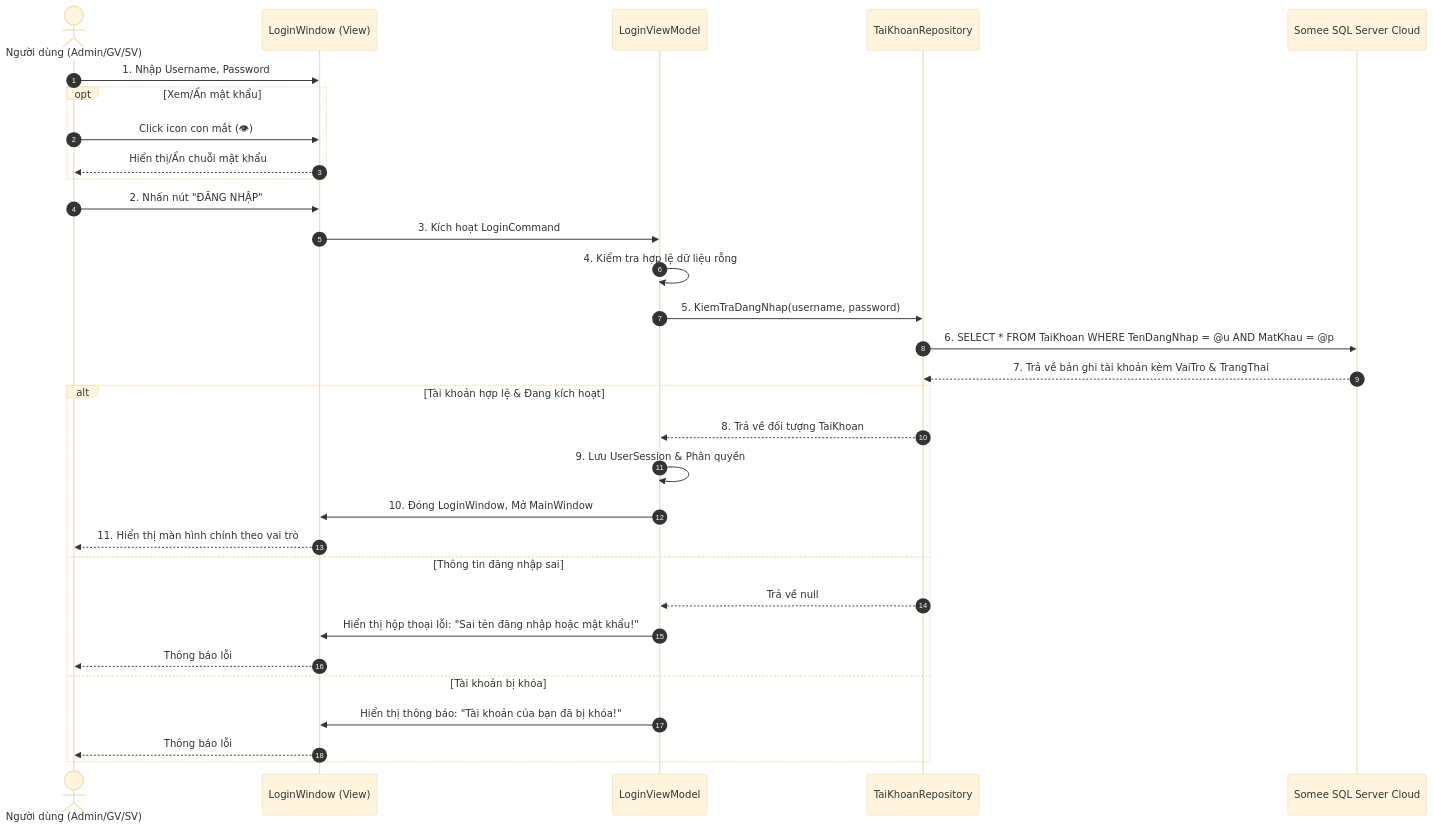
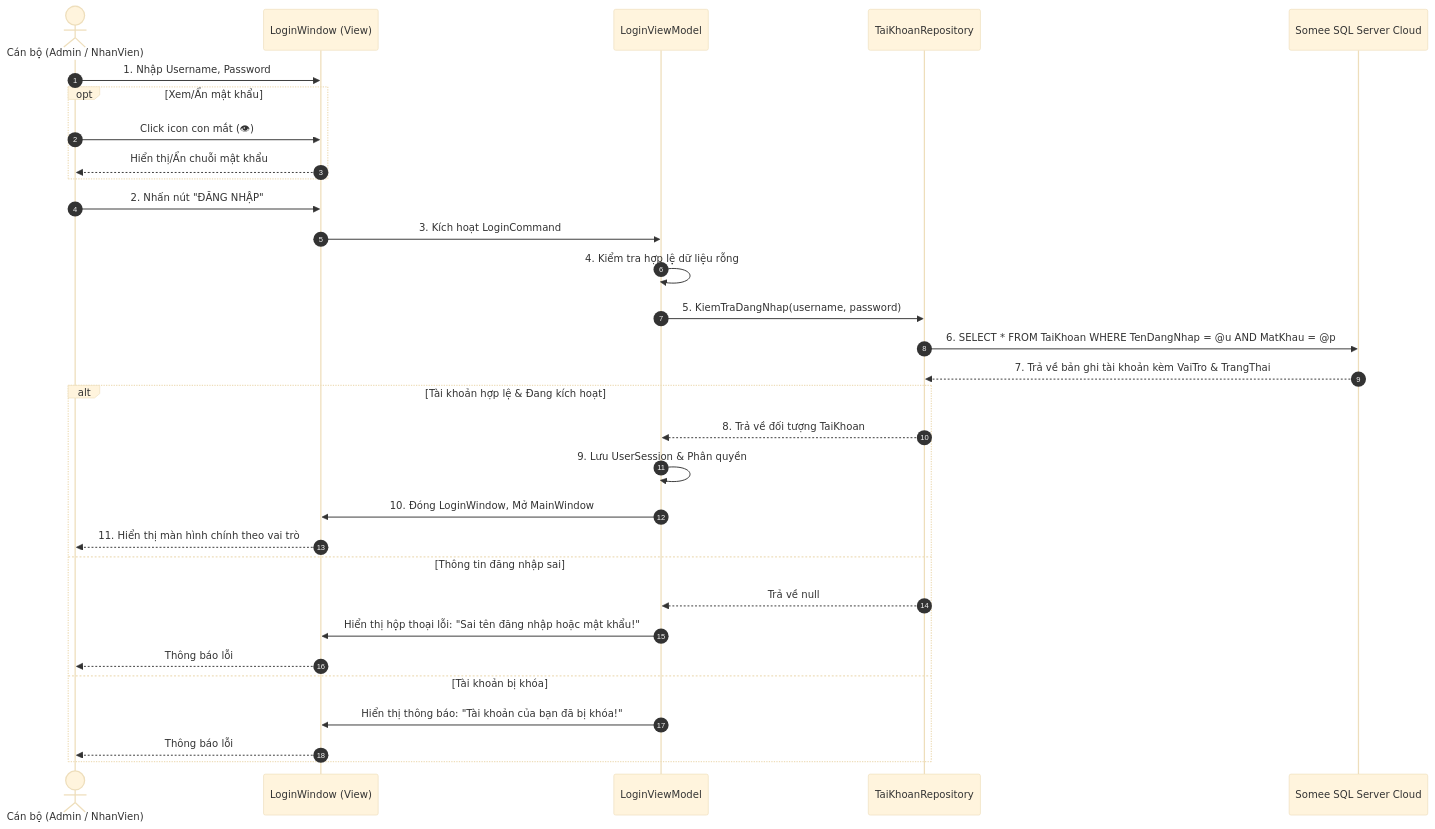
One commit to ngthanhs1/STUDENT_RESULT_ANALYTICS changed the ninth of 15 diagrams in BAO_CAO_BAI_TAP_LON_STUDENT_RESULT_ANALYTICS.md. Above: the diagram before and after it, drawn with Mermaid (base theme). The commit also changed other lines of this file and 5 other files, not shown here.

````diff
--- a/BAO_CAO_BAI_TAP_LON_STUDENT_RESULT_ANALYTICS.md
+++ b/BAO_CAO_BAI_TAP_LON_STUDENT_RESULT_ANALYTICS.md
@@ -785,34 +752,34 @@
 ```mermaid
 sequenceDiagram
     autonumber
-    actor User as Người dùng (Admin/GV/SV)
+    actor User as Cán bộ (Admin / NhanVien)
     participant View as LoginWindow (View)
     participant VM as LoginViewModel
     participant Repo as TaiKhoanRepository
     participant DB as Somee SQL Server Cloud
 
     User->>View: 1. Nhập Username, Password
     opt Xem/Ẩn mật khẩu
         User->>View: Click icon con mắt (👁)
         View-->>User: Hiển thị/Ẩn chuỗi mật khẩu
     end
     User->>View: 2. Nhấn nút "ĐĂNG NHẬP"
     View->>VM: 3. Kích hoạt LoginCommand
     VM->>VM: 4. Kiểm tra hợp lệ dữ liệu rỗng
     VM->>Repo: 5. KiemTraDangNhap(username, password)
     Repo->>DB: 6. SELECT * FROM TaiKhoan WHERE TenDangNhap = @u AND MatKhau = @p
     DB-->>Repo: 7. Trả về bản ghi tài khoản kèm VaiTro & TrangThai
     alt Tài khoản hợp lệ & Đang kích hoạt
         Repo-->>VM: 8. Trả về đối tượng TaiKhoan
         VM->>VM: 9. Lưu UserSession & Phân quyền
         VM->>View: 10. Đóng LoginWindow, Mở MainWindow
         View-->>User: 11. Hiển thị màn hình chính theo vai trò
     else Thông tin đăng nhập sai
         Repo-->>VM: Trả về null
         VM->>View: Hiển thị hộp thoại lỗi: "Sai tên đăng nhập hoặc mật khẩu!"
         View-->>User: Thông báo lỗi
     else Tài khoản bị khóa
         VM->>View: Hiển thị thông báo: "Tài khoản của bạn đã bị khóa!"
         View-->>User: Thông báo lỗi
     end
 ```
````
